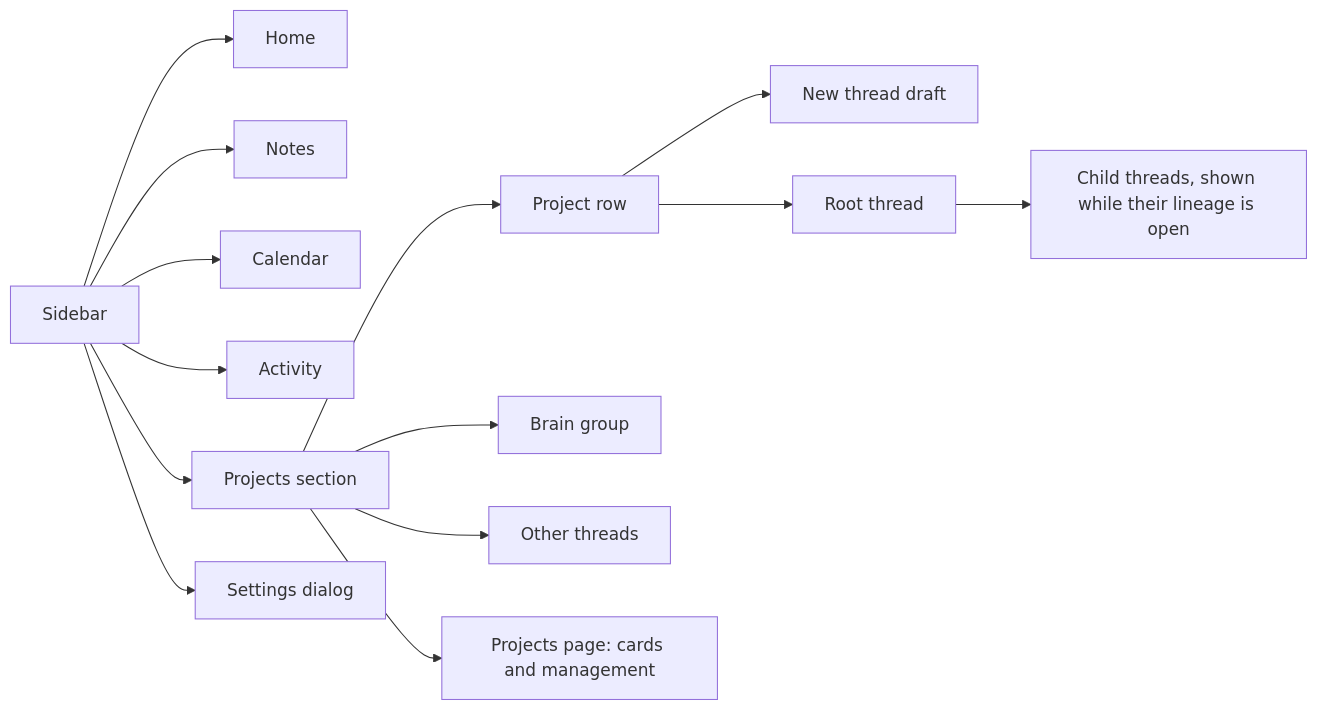
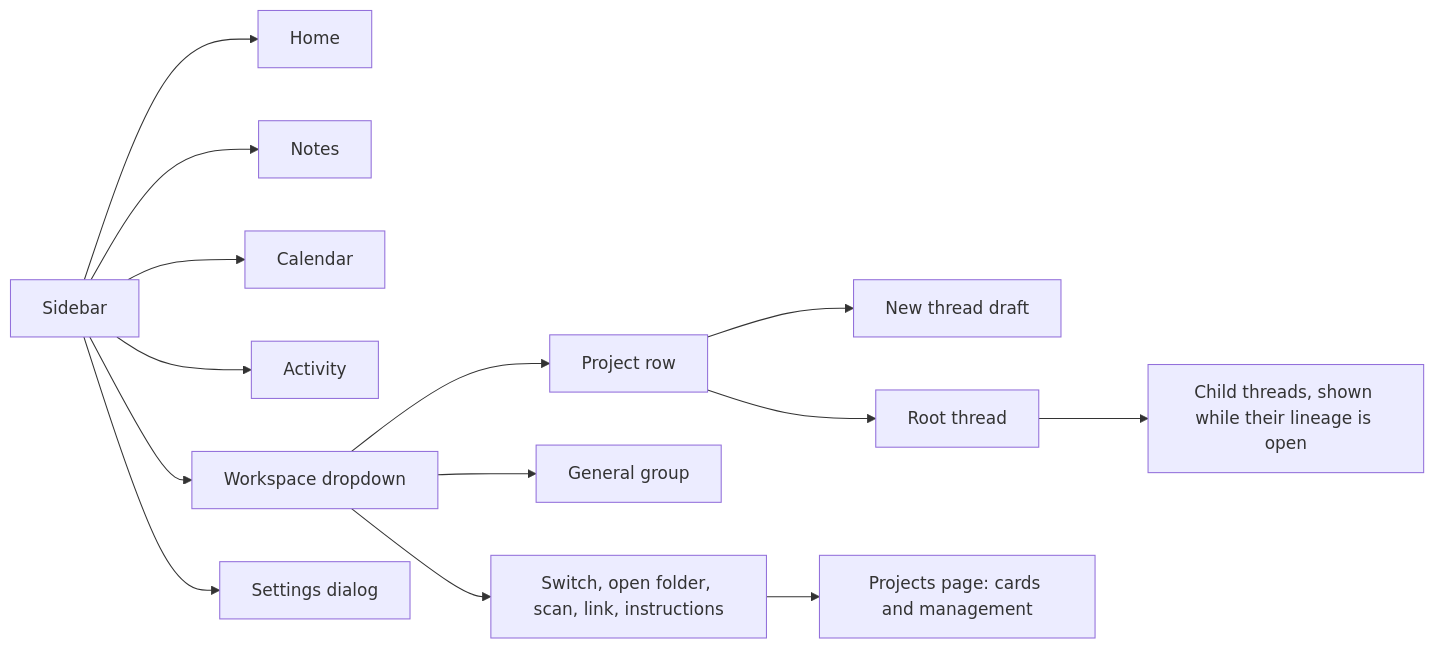
One commit to ToRRIIDeR97/Second-Brain-OS changed the diagram in docs/product/NAVIGATION-MAP-V1.md. Above: the diagram before and after it, drawn with Mermaid. The commit also changed other lines of this file and 10 other files, not shown here.

First line of the commit message:
docs: describe workspaces, folder Projects and AGENTS.md defaults

````diff
--- a/docs/product/NAVIGATION-MAP-V1.md
+++ b/docs/product/NAVIGATION-MAP-V1.md
@@ -16,17 +18,17 @@
 ```mermaid
 flowchart LR
     Sidebar[Sidebar] --> Home[Home]
     Sidebar --> Notes[Notes]
     Sidebar --> Calendar[Calendar]
     Sidebar --> Activity[Activity]
-    Sidebar --> Projects[Projects section]
+    Sidebar --> Workspace[Workspace dropdown]
     Sidebar --> Settings[Settings dialog]
 
-    Projects --> Project[Project row]
+    Workspace --> Project[Project row]
     Project --> NewThread[New thread draft]
     Project --> Thread[Root thread]
     Thread --> Child[Child threads, shown while their lineage is open]
-    Projects --> Brain[Brain group]
-    Projects --> Other[Other threads]
-    Projects --> Cards[Projects page: cards and management]
+    Workspace --> General[General group]
+    Workspace --> Menu[Switch, open folder, scan, link, instructions]
+    Menu --> Cards[Projects page: cards and management]
 ```
````
